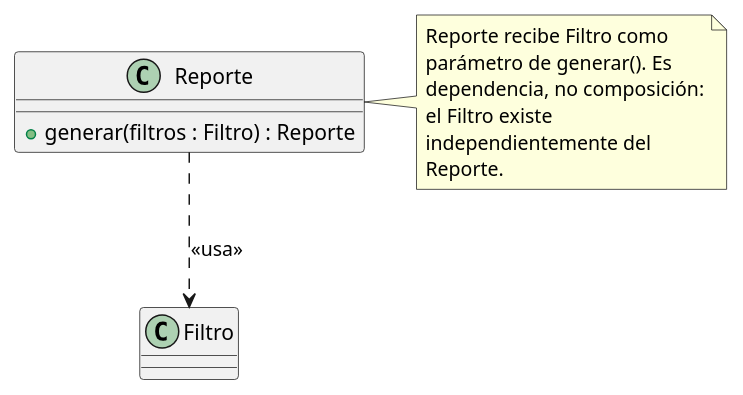
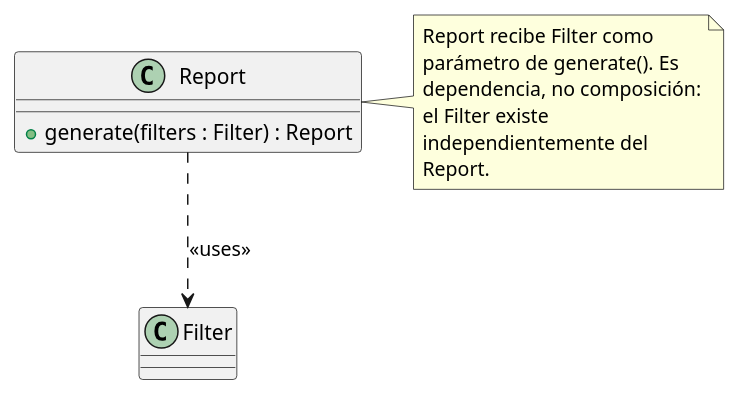
Before and after one commit to jcg-admin/IACT-docs: the diagram in source/requisitos/_metodologia-aplicacion/relaciones-uml/reporte-usa-filtro-uc-rpt-09.rst, drawn with PlantUML. The commit also changed 19 other files, not shown here.

First line of the commit message:
Translate identifiers in B-C relaciones-uml/ (T-011..T-030)

```diff
--- a/source/requisitos/_metodologia-aplicacion/relaciones-uml/reporte-usa-filtro-uc-rpt-09.rst
+++ b/source/requisitos/_metodologia-aplicacion/relaciones-uml/reporte-usa-filtro-uc-rpt-09.rst
@@ -4,19 +4,19 @@
 .. uml::
 
    @startuml
 
-   class Reporte {
-     + generar(filtros : Filtro) : Reporte
+   class Report {
+     + generate(filters : Filter) : Report
    }
-   class Filtro
+   class Filter
 
-   Reporte ..> Filtro : <<usa>>
-   note right of Reporte
-     Reporte recibe Filtro como
-     parámetro de generar(). Es
+   Report ..> Filter : <<uses>>
+   note right of Report
+     Report recibe Filter como
+     parámetro de generate(). Es
      dependencia, no composición:
-     el Filtro existe
+     el Filter existe
      independientemente del
-     Reporte.
+     Report.
    end note
    @enduml
```
